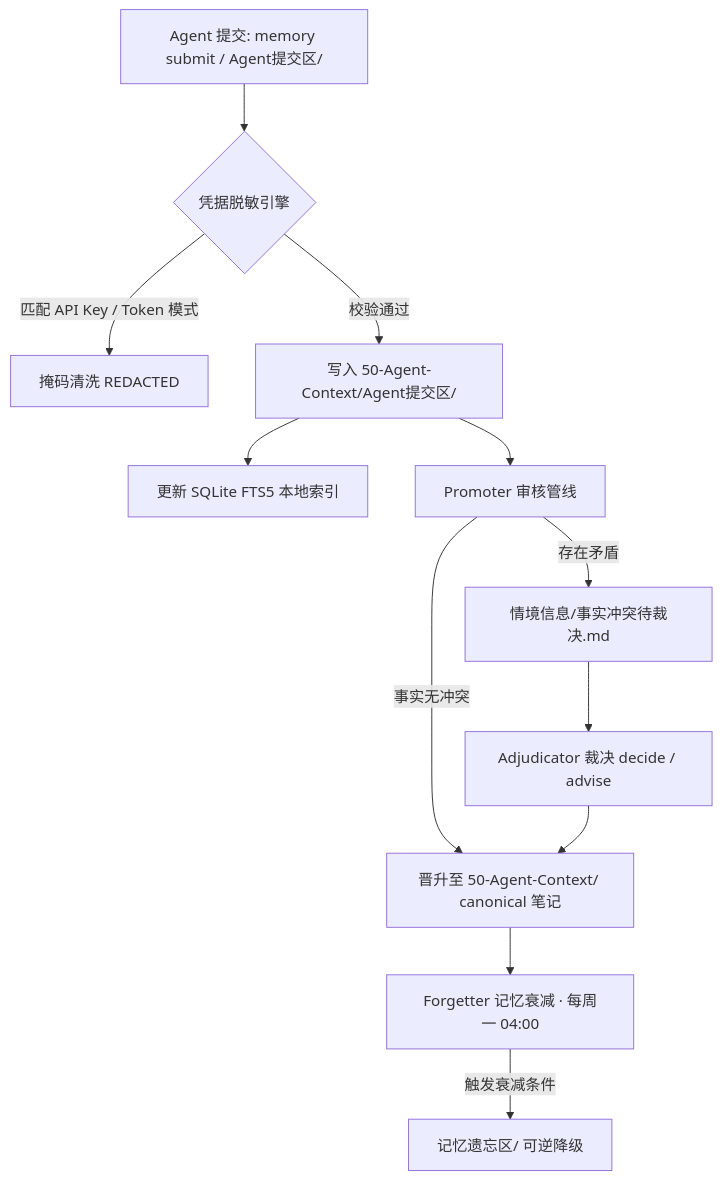
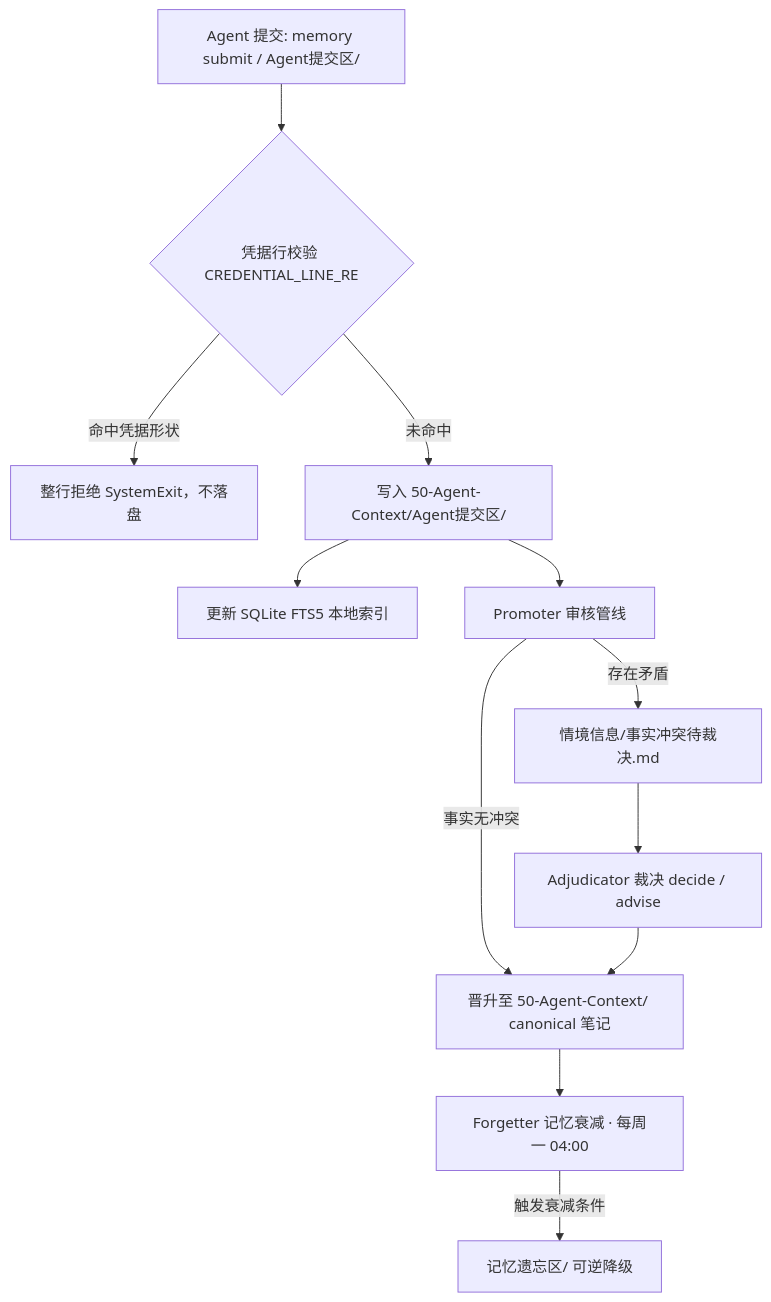
One commit to Noelune/unified-agent-memory changed the second of 2 diagrams in docs/ARCHITECTURE.md. Above: the diagram before and after it, drawn with Mermaid. The commit also changed other lines of this file and 3 other files, not shown here.

````diff
--- a/docs/ARCHITECTURE.md
+++ b/docs/ARCHITECTURE.md
@@ -111,14 +111,14 @@
 ```mermaid
 flowchart TD
-    A[Agent 提交: memory submit / Agent提交区/] --> B{凭据脱敏引擎}
-    B -- 匹配 API Key / Token 模式 --> C[掩码清洗 REDACTED]
-    B -- 校验通过 --> D[写入 50-Agent-Context/Agent提交区/]
+    A[Agent 提交: memory submit / Agent提交区/] --> B{凭据行校验 CREDENTIAL_LINE_RE}
+    B -- 命中凭据形状 --> C[整行拒绝 SystemExit，不落盘]
+    B -- 未命中 --> D[写入 50-Agent-Context/Agent提交区/]
     D --> E[更新 SQLite FTS5 本地索引]
     D --> F[Promoter 审核管线]
     F -- 事实无冲突 --> G[晋升至 50-Agent-Context/ canonical 笔记]
     F -- 存在矛盾 --> H[情境信息/事实冲突待裁决.md]
     H --> I[Adjudicator 裁决 decide / advise]
     I --> G
     G --> J[Forgetter 记忆衰减 · 每周一 04:00]
     J -- 触发衰减条件 --> K[记忆遗忘区/ 可逆降级]
 ```
````
